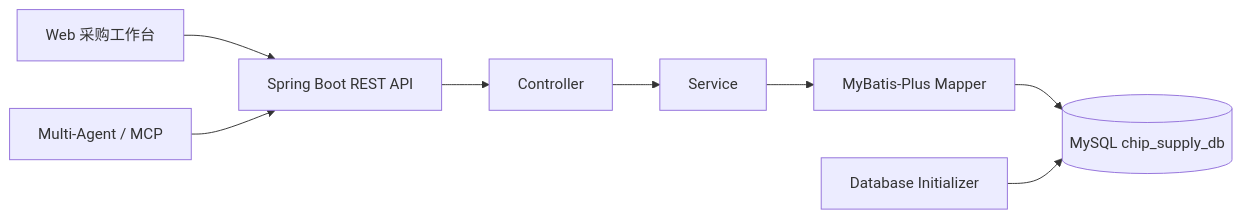
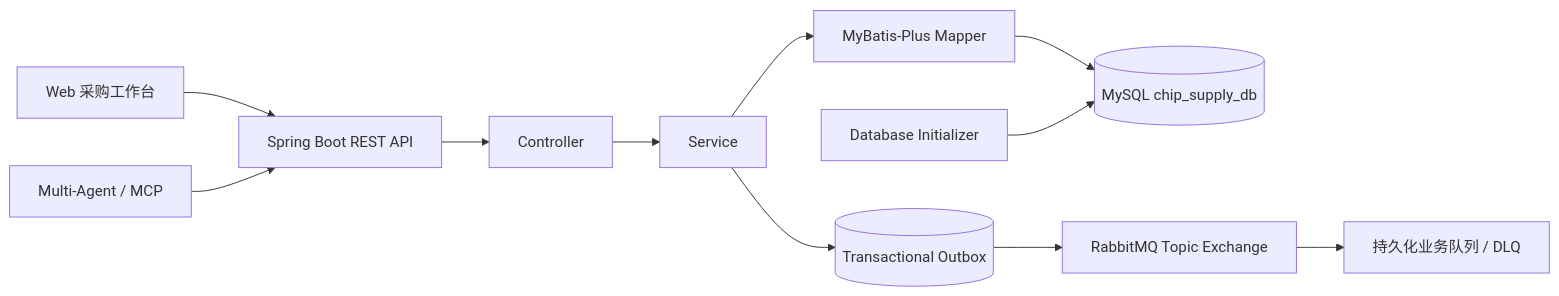
One commit to LZD88/ChipSupply-Procurement-Platform changed the diagram in README.md. Above: the diagram before and after it, drawn with Mermaid. The commit also changed other lines of this file and 43 other files, not shown here.

````diff
--- a/README.md
+++ b/README.md
@@ -27,10 +35,13 @@
 ```mermaid
 flowchart LR
     P[Web 采购工作台] --> A[Spring Boot REST API]
     M[Multi-Agent / MCP] --> A
     A --> C[Controller]
     C --> S[Service]
     S --> D[MyBatis-Plus Mapper]
     D --> DB[(MySQL chip_supply_db)]
     I[Database Initializer] --> DB
+    S --> O[(Transactional Outbox)]
+    O --> R[RabbitMQ Topic Exchange]
+    R --> Q[持久化业务队列 / DLQ]
 ```
````
